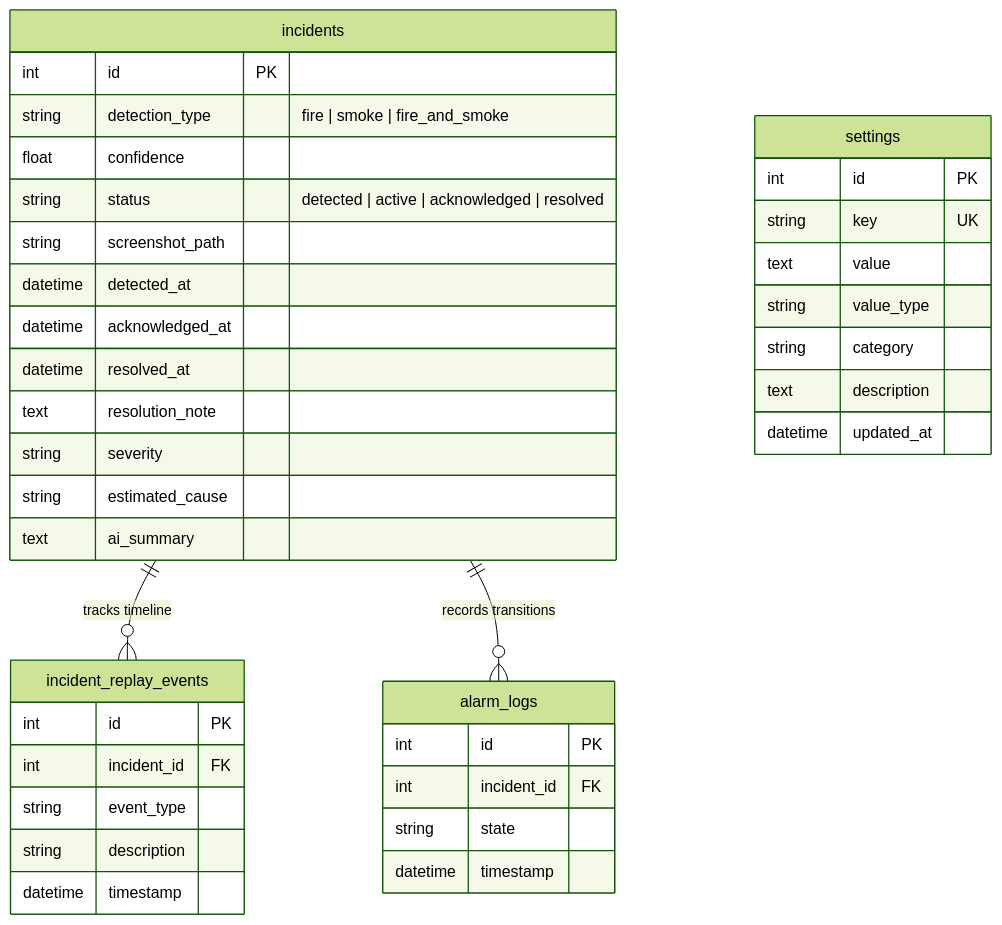
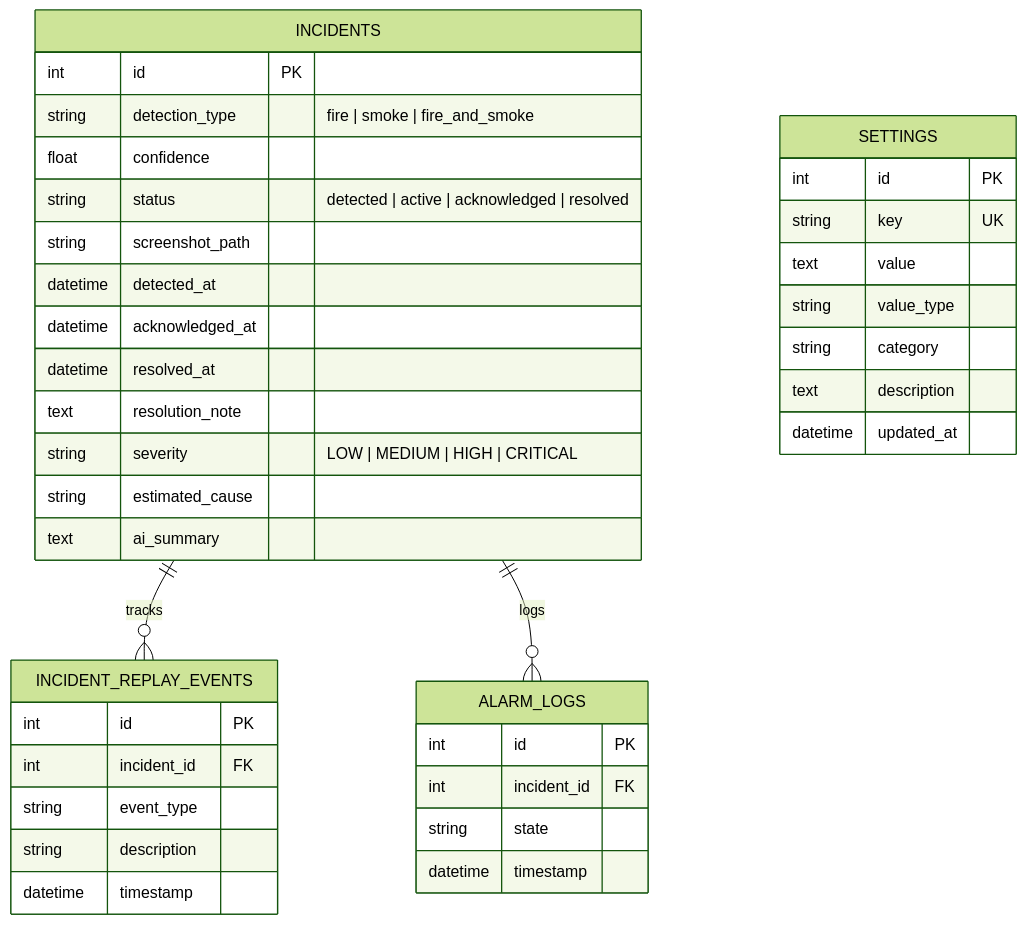
The sixth of 7 diagrams in project_report.md (kumarchandan001/FireGuard), drawn with Mermaid (forest theme) before and after one commit. The commit also changed other lines of this file, not shown here.

````diff
--- a/project_report.md
+++ b/project_report.md
@@ -665,45 +632,45 @@
 ```mermaid
 erDiagram
-    incidents {
+    INCIDENTS {
         int id PK
         string detection_type "fire | smoke | fire_and_smoke"
         float confidence
         string status "detected | active | acknowledged | resolved"
         string screenshot_path
         datetime detected_at
         datetime acknowledged_at
         datetime resolved_at
         text resolution_note
-        string severity
+        string severity "LOW | MEDIUM | HIGH | CRITICAL"
         string estimated_cause
         text ai_summary
     }
 
-    incident_replay_events {
+    INCIDENT_REPLAY_EVENTS {
         int id PK
         int incident_id FK
         string event_type
         string description
         datetime timestamp
     }
 
-    alarm_logs {
+    ALARM_LOGS {
         int id PK
         int incident_id FK
         string state
         datetime timestamp
     }
 
-    settings {
+    SETTINGS {
         int id PK
         string key UK
         text value
         string value_type
         string category
         text description
         datetime updated_at
     }
 
-    incidents ||--o{ incident_replay_events : "tracks timeline"
-    incidents ||--o{ alarm_logs : "records transitions"
+    INCIDENTS ||--o{ INCIDENT_REPLAY_EVENTS : "tracks"
+    INCIDENTS ||--o{ ALARM_LOGS : "logs"
 ```
````
